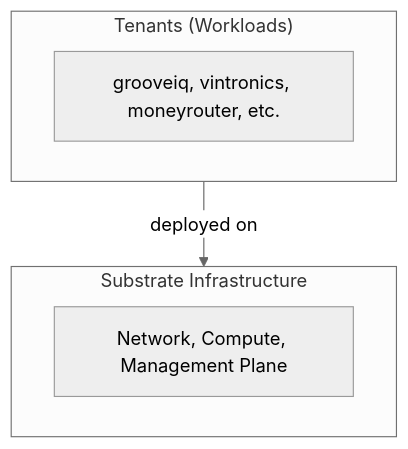
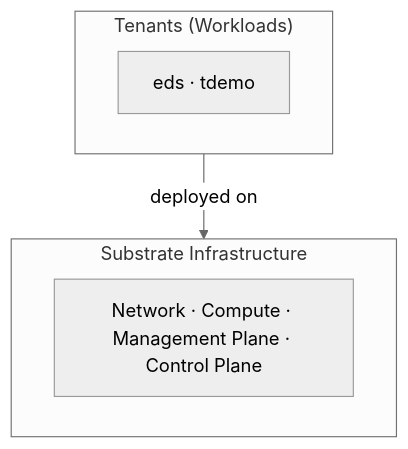
One commit to deevnet/deevnet-docs changed the diagram in content/docs/architecture/tenant/_index.md. Above: the diagram before and after it, drawn with Mermaid (neutral theme). The commit also changed other lines of this file and 22 other files, not shown here.

First line of the commit message:
Architecture section review, and ADR statuses (#108)

```diff
--- a/content/docs/architecture/tenant/_index.md
+++ b/content/docs/architecture/tenant/_index.md
@@ -19,10 +19,10 @@
 {{< mermaid >}}
 graph TB
     subgraph tenants["Tenants (Workloads)"]
-        T["grooveiq, vintronics, moneyrouter, etc."]
+        T["eds · tdemo"]
     end
     subgraph substrate["Substrate Infrastructure"]
-        S["Network, Compute, Management Plane"]
+        S["Network · Compute · Management Plane · Control Plane"]
     end
     tenants -->|deployed on| substrate
 {{< /mermaid >}}
```
